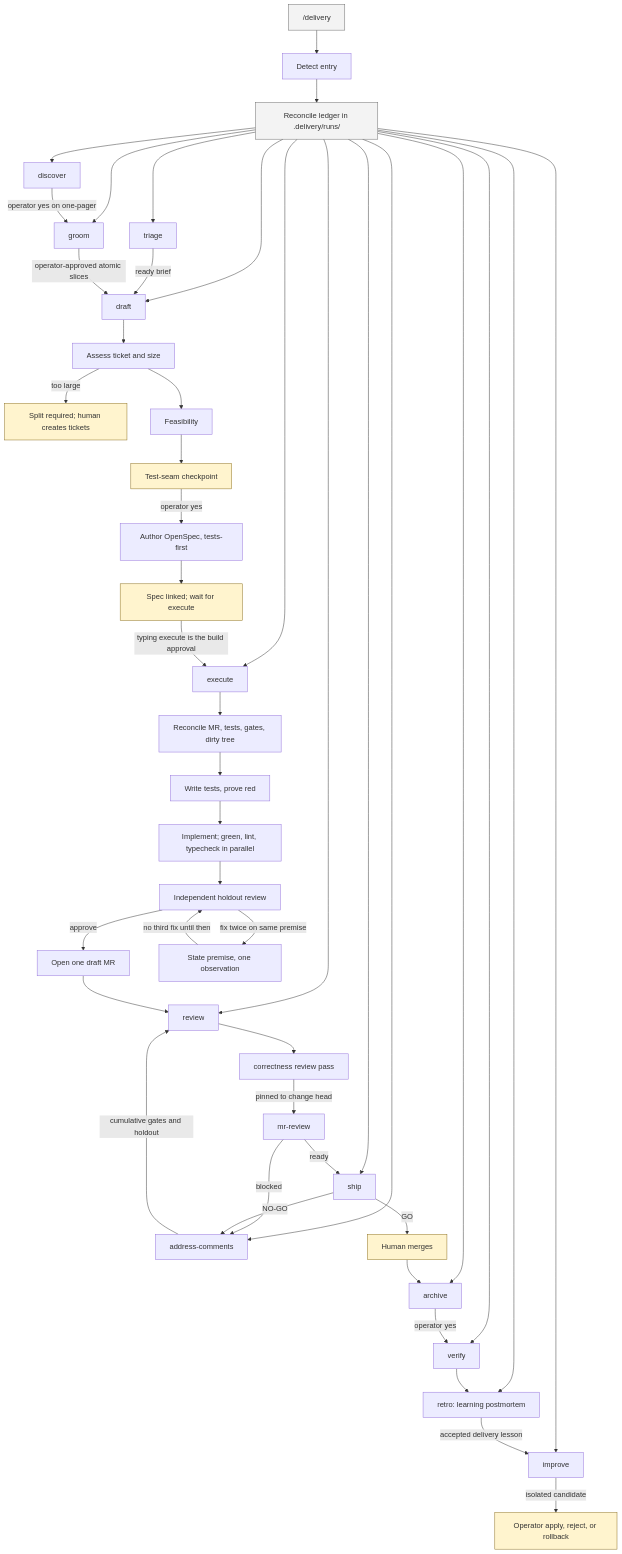
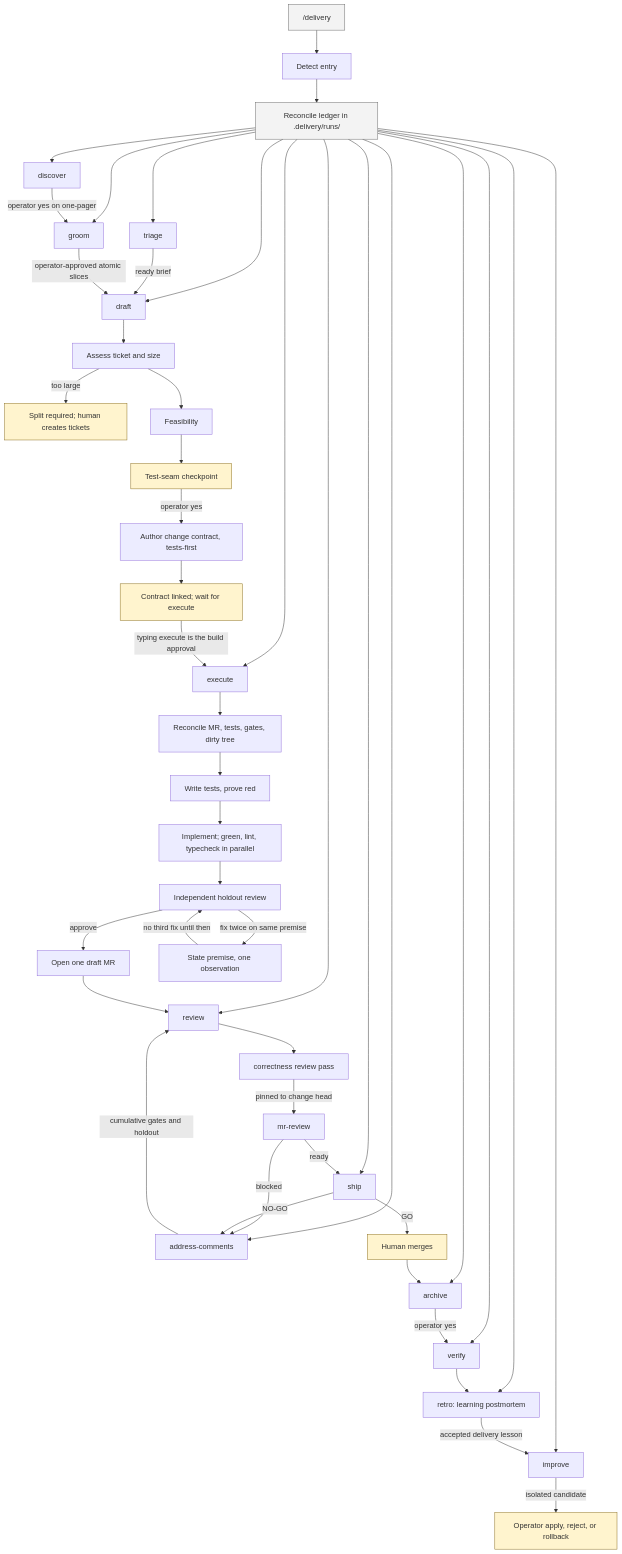
One commit to thisismijan/delivery-skills changed the diagram in README.md. Above: the diagram before and after it, drawn with Mermaid. The commit also changed other lines of this file and 5 other files, not shown here.

````diff
--- a/README.md
+++ b/README.md
@@ -84,58 +117,58 @@
 ```mermaid
 flowchart TD
   start["/delivery"] --> detect["Detect entry"]
   detect --> ledger["Reconcile ledger in .delivery/runs/"]
 
   ledger --> discover["discover"]
   ledger --> triage["triage"]
   ledger --> groom["groom"]
   ledger --> draft["draft"]
   ledger --> execute["execute"]
   ledger --> review["review"]
   ledger --> address["address-comments"]
   ledger --> ship["ship"]
   ledger --> archive["archive"]
   ledger --> verify["verify"]
   ledger --> retro["retro"]
   ledger --> improve["improve"]
 
   discover -->|"operator yes on one-pager"| groom
   triage -->|"ready brief"| draft
   groom -->|"operator-approved atomic slices"| draft
 
   draft --> assess["Assess ticket and size"]
   assess -->|"too large"| split["Split required; human creates tickets"]
   assess --> feasible["Feasibility"]
   feasible --> seams["Test-seam checkpoint"]
-  seams -->|"operator yes"| openspec["Author OpenSpec, tests-first"]
-  openspec --> drafted["Spec linked; wait for execute"]
+  seams -->|"operator yes"| spec["Author change contract, tests-first"]
+  spec --> drafted["Contract linked; wait for execute"]
 
   drafted -->|"typing execute is the build approval"| execute
   execute --> resume["Reconcile MR, tests, gates, dirty tree"]
   resume --> red["Write tests, prove red"]
   red --> green["Implement; green, lint, typecheck in parallel"]
   green --> holdout["Independent holdout review"]
   holdout -->|"approve"| mr["Open one draft MR"]
   holdout -->|"fix twice on same premise"| premise["State premise, one observation"]
   premise -->|"no third fix until then"| holdout
 
   mr --> review
   review --> maxPass["correctness review pass"]
   maxPass -->|"pinned to change head"| mrReview["mr-review"]
   mrReview -->|"ready"| ship
   mrReview -->|"blocked"| address
   address -->|"cumulative gates and holdout"| review
 
   ship -->|"GO"| mergeWait["Human merges"]
   ship -->|"NO-GO"| address
   mergeWait --> archive
   archive -->|"operator yes"| verify
   verify --> retro["retro: learning postmortem"]
   retro -->|"accepted delivery lesson"| improve
   improve -->|"isolated candidate"| applyWait["Operator apply, reject, or rollback"]
 
   classDef human fill:#fff4ce,stroke:#8a6d1d
   classDef stop fill:#f3f3f3,stroke:#666
   class seams,drafted,split,mergeWait,applyWait human
   class start,ledger stop
 ```
````
